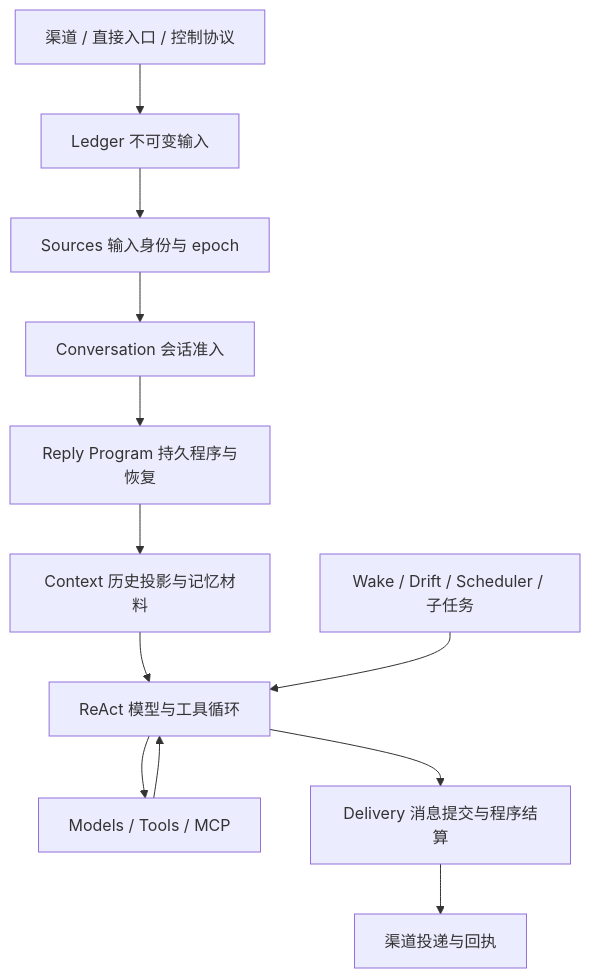
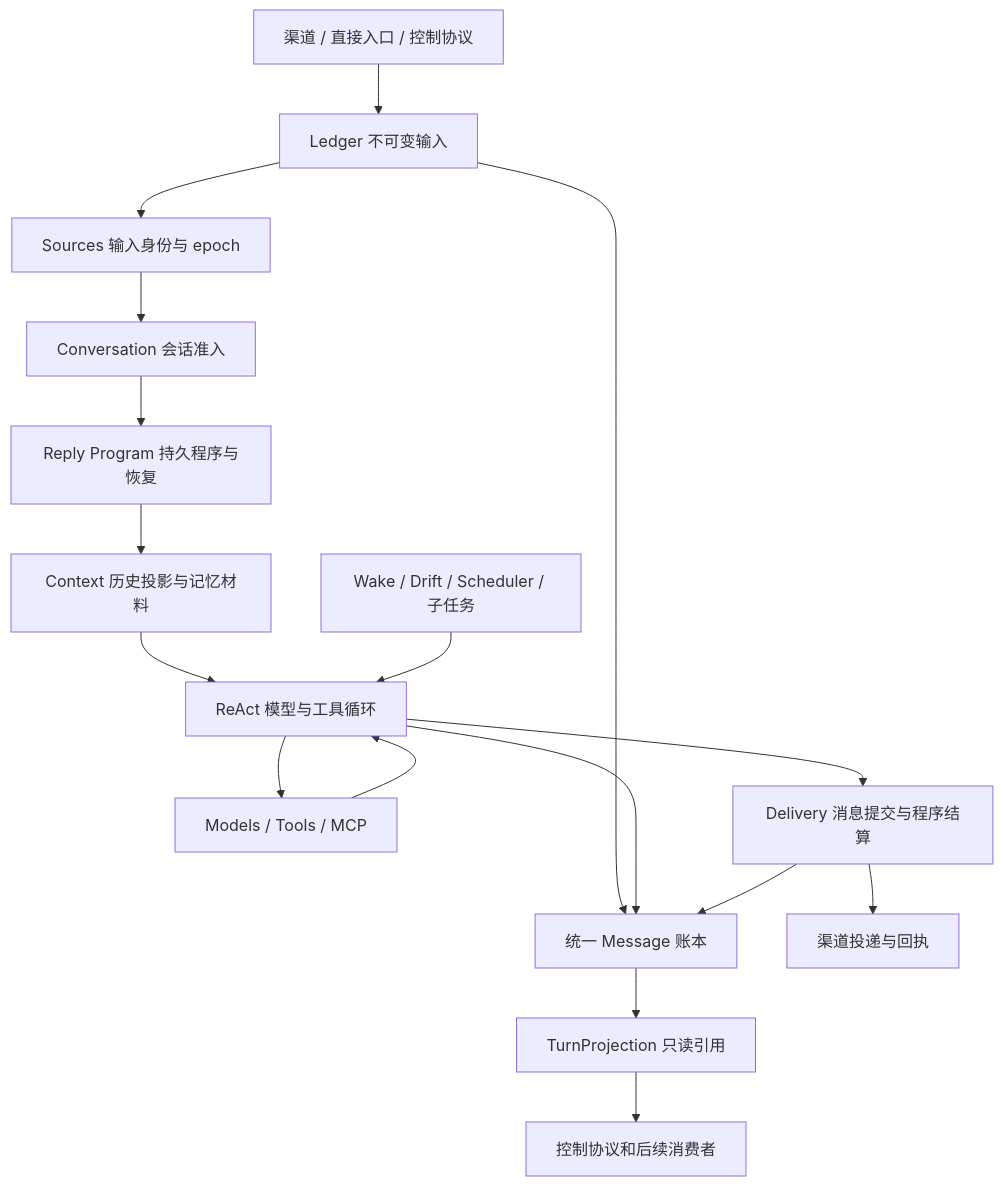
One commit to Nhckdvrl/kirakira-agent changed the diagram in docs/architecture/overview.md. Above: the diagram before and after it, drawn with Mermaid. The commit also changed other lines of this file and 67 other files, not shown here.

````diff
--- a/docs/architecture/overview.md
+++ b/docs/architecture/overview.md
@@ -30,14 +30,19 @@
 ```mermaid
 flowchart TD
     A[渠道 / 直接入口 / 控制协议] --> B[Ledger 不可变输入]
     B --> C[Sources 输入身份与 epoch]
     C --> D[Conversation 会话准入]
     D --> E[Reply Program 持久程序与恢复]
     E --> F[Context 历史投影与记忆材料]
     F --> G[ReAct 模型与工具循环]
     G --> H[Models / Tools / MCP]
     H --> G
     G --> I[Delivery 消息提交与程序结算]
+    B --> L[统一 Message 账本]
+    G --> L
+    I --> L
+    L --> T[TurnProjection 只读引用]
+    T --> P[控制协议和后续消费者]
     I --> J[渠道投递与回执]
     K[Wake / Drift / Scheduler / 子任务] --> G
 ```
````
